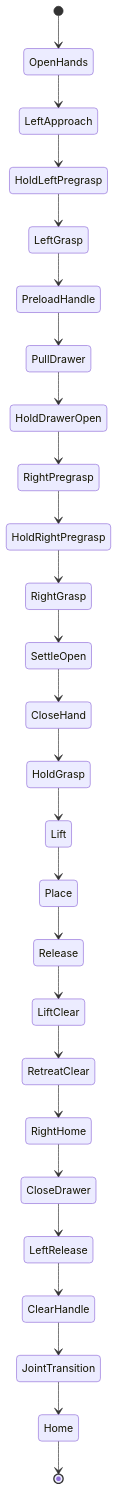
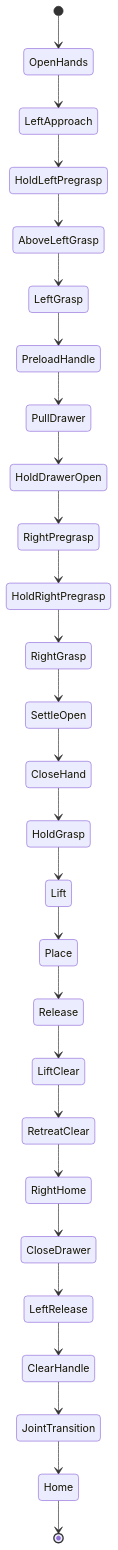
Before and after one commit to zhangfuyong888/qirobot_smolVLA: the first of 12 diagrams in s4_smolvla_isaaclab/docs/course/02_PROJECT_IMPLEMENTATION.md, drawn with Mermaid. The commit also changed other lines of this file and 8 other files, not shown here.

````diff
--- a/s4_smolvla_isaaclab/docs/course/02_PROJECT_IMPLEMENTATION.md
+++ b/s4_smolvla_isaaclab/docs/course/02_PROJECT_IMPLEMENTATION.md
@@ -62,28 +63,29 @@
 ```mermaid
 stateDiagram-v2
     [*] --> OpenHands
     OpenHands --> LeftApproach
     LeftApproach --> HoldLeftPregrasp
-    HoldLeftPregrasp --> LeftGrasp
+    HoldLeftPregrasp --> AboveLeftGrasp
+    AboveLeftGrasp --> LeftGrasp
     LeftGrasp --> PreloadHandle
     PreloadHandle --> PullDrawer
     PullDrawer --> HoldDrawerOpen
     HoldDrawerOpen --> RightPregrasp
     RightPregrasp --> HoldRightPregrasp
     HoldRightPregrasp --> RightGrasp
     RightGrasp --> SettleOpen
     SettleOpen --> CloseHand
     CloseHand --> HoldGrasp
     HoldGrasp --> Lift
     Lift --> Place
     Place --> Release
     Release --> LiftClear
     LiftClear --> RetreatClear
     RetreatClear --> RightHome
     RightHome --> CloseDrawer
     CloseDrawer --> LeftRelease
     LeftRelease --> ClearHandle
     ClearHandle --> JointTransition
     JointTransition --> Home
     Home --> [*]
 ```
````
